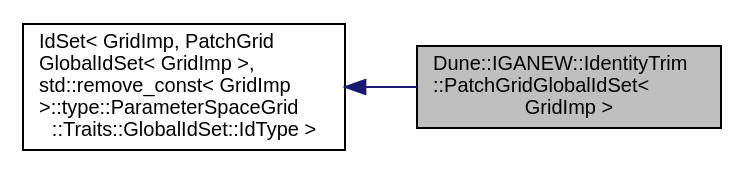
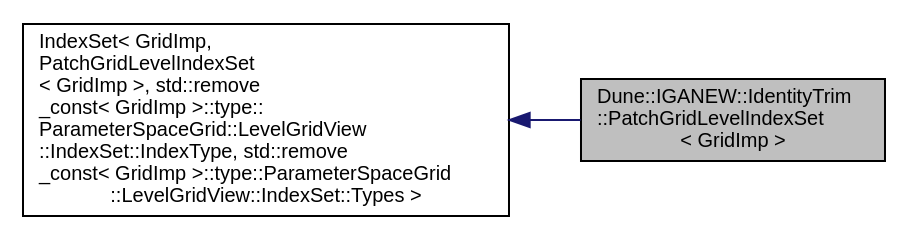
One commit to rath3t/dune-iga-doc changed the diagram in d7/d82/a01601.dot. Above: the diagram before and after it, drawn with Graphviz. The commit also changed 876 other files, not shown here.

```diff
--- a/d7/d82/a01601.dot
+++ b/d7/d82/a01601.dot
@@ -1,10 +1,10 @@
-digraph "Dune::IGANEW::IdentityTrim::PatchGridGlobalIdSet&lt; GridImp &gt;"
+digraph "Dune::IGANEW::IdentityTrim::PatchGridLevelIndexSet&lt; GridImp &gt;"
 {
  // LATEX_PDF_SIZE
   edge [fontname="Helvetica",fontsize="10",labelfontname="Helvetica",labelfontsize="10"];
   node [fontname="Helvetica",fontsize="10",shape=record];
   rankdir="LR";
-  Node1 [label="Dune::IGANEW::IdentityTrim\l::PatchGridGlobalIdSet\<\l GridImp \>",height=0.2,width=0.4,color="black", fillcolor="grey75", style="filled", fontcolor="black",tooltip=" "];
+  Node1 [label="Dune::IGANEW::IdentityTrim\l::PatchGridLevelIndexSet\l\< GridImp \>",height=0.2,width=0.4,color="black", fillcolor="grey75", style="filled", fontcolor="black",tooltip=" "];
   Node2 -> Node1 [dir="back",color="midnightblue",fontsize="10",style="solid",fontname="Helvetica"];
-  Node2 [label="IdSet\< GridImp, PatchGrid\lGlobalIdSet\< GridImp \>,\l std::remove_const\< GridImp\l \>::type::ParameterSpaceGrid\l::Traits::GlobalIdSet::IdType \>",height=0.2,width=0.4,color="black", fillcolor="white", style="filled",tooltip=" "];
+  Node2 [label="IndexSet\< GridImp,\l PatchGridLevelIndexSet\l\< GridImp \>, std::remove\l_const\< GridImp \>::type::\lParameterSpaceGrid::LevelGridView\l::IndexSet::IndexType, std::remove\l_const\< GridImp \>::type::ParameterSpaceGrid\l::LevelGridView::IndexSet::Types \>",height=0.2,width=0.4,color="black", fillcolor="white", style="filled",tooltip=" "];
 }
```
